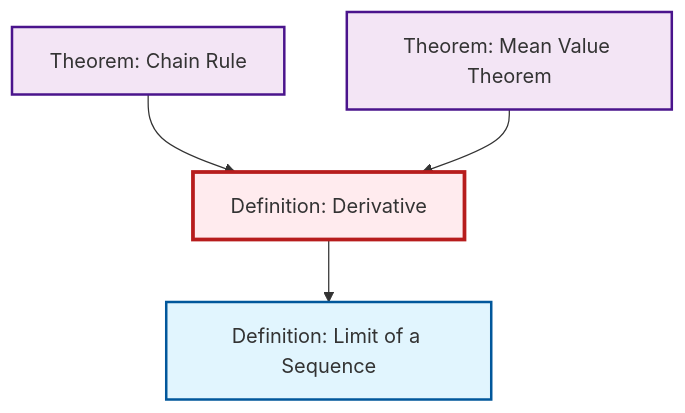
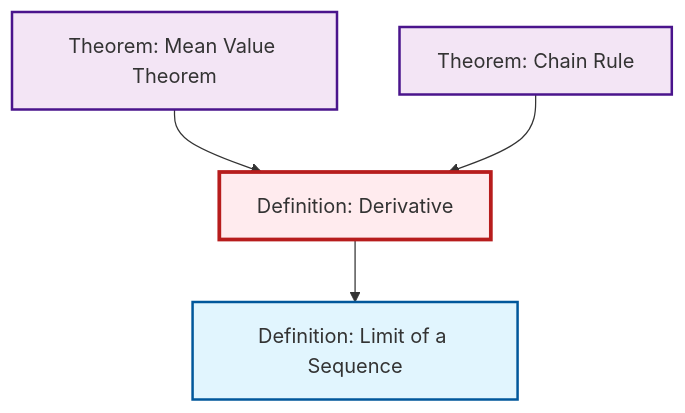
The second of 2 diagrams in content/ja/analysis/def-derivative.qmd (RK0429/ModernMath), drawn with Mermaid before and after one commit. The commit also changed other lines of this file and 530 other files, not shown here.

````diff
--- a/content/ja/analysis/def-derivative.qmd
+++ b/content/ja/analysis/def-derivative.qmd
@@ -83,20 +83,20 @@
 ```{mermaid}
 %%| fig-cap: "Local dependency graph"
 graph TD
     classDef definition fill:#e1f5fe,stroke:#01579b,stroke-width:2px
     classDef theorem fill:#f3e5f5,stroke:#4a148c,stroke-width:2px
     classDef axiom fill:#fff3e0,stroke:#e65100,stroke-width:2px
     classDef example fill:#e8f5e9,stroke:#1b5e20,stroke-width:2px
     classDef current fill:#ffebee,stroke:#b71c1c,stroke-width:3px
+    thm-mean-value["Theorem: Mean Value Theorem"]:::theorem
     thm-chain-rule["Theorem: Chain Rule"]:::theorem
-    thm-mean-value["Theorem: Mean Value Theorem"]:::theorem
     def-limit["Definition: Limit of a Sequence"]:::definition
     def-derivative["Definition: Derivative"]:::definition
-    thm-chain-rule --> def-derivative
     thm-mean-value --> def-derivative
     def-derivative --> def-limit
+    thm-chain-rule --> def-derivative
     class def-derivative current
+    click thm-mean-value "thm-mean-value.html" "Theorem: Mean Value Theoremへ"
     click thm-chain-rule "thm-chain-rule.html" "Theorem: Chain Ruleへ"
-    click thm-mean-value "thm-mean-value.html" "Theorem: Mean Value Theoremへ"
     click def-limit "def-limit.html" "Definition: Limit of a Sequenceへ"
 ```
````
